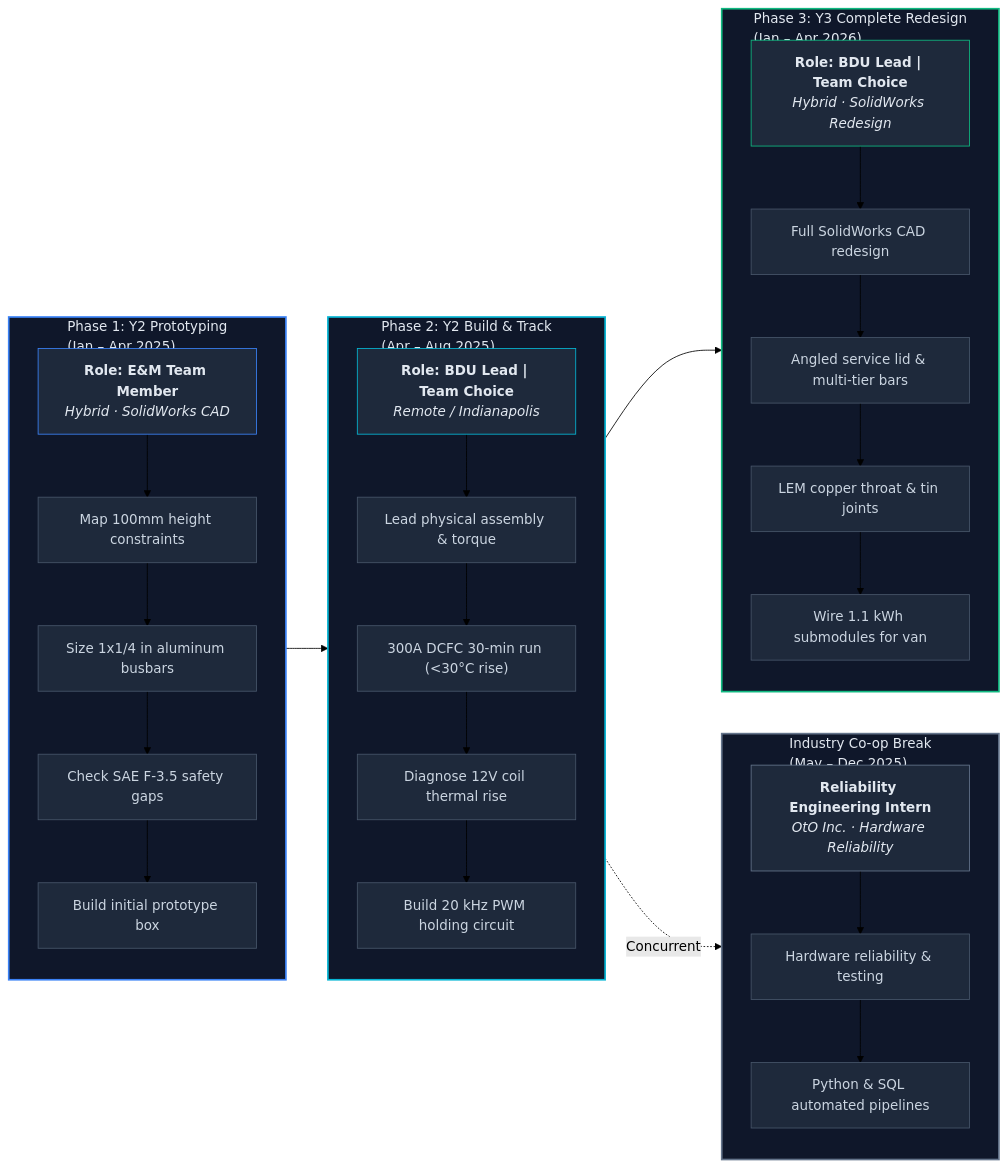
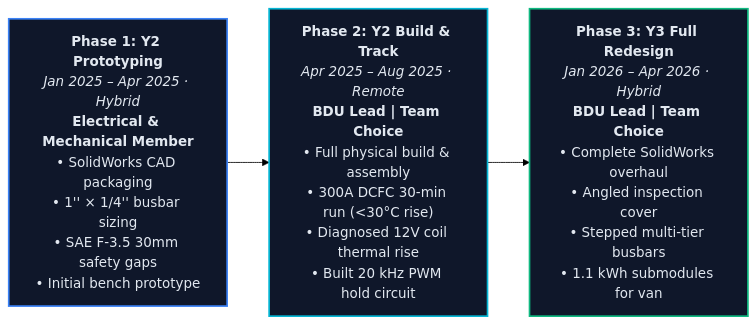
One commit to crkoo1/BWC-BDU-Showcase changed the first of 2 diagrams in README.md. Above: the diagram before and after it, drawn with Mermaid (forest theme). The commit also changed other lines of this file and 4 other files, not shown here.

Commit message:
Fix mermaid layout, unicode typography, and update Breaktor failure details

````diff
--- a/README.md
+++ b/README.md
@@ -37,70 +37,10 @@
 ```mermaid
 flowchart LR
-    subgraph P1["Phase 1: Y2 Prototyping<br/>(Jan – Apr 2025)"]
-        direction TB
-        R1["<b>Role: E&M Team Member</b><br/><i>Hybrid · SolidWorks CAD</i>"]
-        A1["Map 100mm height constraints"]
-        A2["Size 1x1/4 in aluminum busbars"]
-        A3["Check SAE F-3.5 safety gaps"]
-        A4["Build initial prototype box"]
-        R1 --> A1 --> A2 --> A3 --> A4
-    end
-
-    subgraph P2["Phase 2: Y2 Build & Track<br/>(Apr – Aug 2025)"]
-        direction TB
-        R2["<b>Role: BDU Lead | Team Choice</b><br/><i>Remote / Indianapolis</i>"]
-        B1["Lead physical assembly & torque"]
-        B2["300A DCFC 30-min run (<30°C rise)"]
-        B3["Diagnose 12V coil thermal rise"]
-        B4["Build 20 kHz PWM holding circuit"]
-        R2 --> B1 --> B2 --> B3 --> B4
-    end
-
-    subgraph COOP["Industry Co-op Break<br/>(May – Dec 2025)"]
-        direction TB
-        R_COOP["<b>Reliability Engineering Intern</b><br/><i>OtO Inc. · Hardware Reliability</i>"]
-        C1["Hardware reliability & testing"]
-        C2["Python & SQL automated pipelines"]
-        R_COOP --> C1 --> C2
-    end
-
-    subgraph P3["Phase 3: Y3 Complete Redesign<br/>(Jan – Apr 2026)"]
-        direction TB
-        R3["<b>Role: BDU Lead | Team Choice</b><br/><i>Hybrid · SolidWorks Redesign</i>"]
-        D1["Full SolidWorks CAD redesign"]
-        D2["Angled service lid & multi-tier bars"]
-        D3["LEM copper throat & tin joints"]
-        D4["Wire 1.1 kWh submodules for van"]
-        R3 --> D1 --> D2 --> D3 --> D4
-    end
-
-    P1 --> P2 --> P3
-    P2 -. "Concurrent" .-> COOP
+    P1["<b>Phase 1: Y2 Prototyping</b><br/><i>Jan 2025 – Apr 2025 · Hybrid</i><br/><b>Electrical & Mechanical Member</b><br/>• SolidWorks CAD packaging<br/>• 1'' × 1/4'' busbar sizing<br/>• SAE F-3.5 30mm safety gaps<br/>• Initial bench prototype"]
+    --> P2["<b>Phase 2: Y2 Build & Track</b><br/><i>Apr 2025 – Aug 2025 · Remote</i><br/><b>BDU Lead | Team Choice</b><br/>• Full physical build & assembly<br/>• 300A DCFC 30-min run (&lt;30°C rise)<br/>• Diagnosed 12V coil thermal rise<br/>• Built 20 kHz PWM hold circuit"]
+    --> P3["<b>Phase 3: Y3 Full Redesign</b><br/><i>Jan 2026 – Apr 2026 · Hybrid</i><br/><b>BDU Lead | Team Choice</b><br/>• Complete SolidWorks overhaul<br/>• Angled inspection cover<br/>• Stepped multi-tier busbars<br/>• 1.1 kWh submodules for van"]
 
     style P1 fill:#0f172a,stroke:#3b82f6,stroke-width:2px,color:#e2e8f0
     style P2 fill:#0f172a,stroke:#06b6d4,stroke-width:2px,color:#e2e8f0
-    style COOP fill:#0f172a,stroke:#64748b,stroke-width:2px,color:#e2e8f0
     style P3 fill:#0f172a,stroke:#10b981,stroke-width:2px,color:#e2e8f0
-
-    style R1 fill:#1e293b,stroke:#3b82f6,color:#e2e8f0
-    style A1 fill:#1e293b,stroke:#475569,color:#cbd5e1
-    style A2 fill:#1e293b,stroke:#475569,color:#cbd5e1
-    style A3 fill:#1e293b,stroke:#475569,color:#cbd5e1
-    style A4 fill:#1e293b,stroke:#475569,color:#cbd5e1
-
-    style R2 fill:#1e293b,stroke:#06b6d4,color:#e2e8f0
-    style B1 fill:#1e293b,stroke:#475569,color:#cbd5e1
-    style B2 fill:#1e293b,stroke:#475569,color:#cbd5e1
-    style B3 fill:#1e293b,stroke:#475569,color:#cbd5e1
-    style B4 fill:#1e293b,stroke:#475569,color:#cbd5e1
-
-    style R_COOP fill:#1e293b,stroke:#64748b,color:#e2e8f0
-    style C1 fill:#1e293b,stroke:#475569,color:#cbd5e1
-    style C2 fill:#1e293b,stroke:#475569,color:#cbd5e1
-
-    style R3 fill:#1e293b,stroke:#10b981,color:#e2e8f0
-    style D1 fill:#1e293b,stroke:#475569,color:#cbd5e1
-    style D2 fill:#1e293b,stroke:#475569,color:#cbd5e1
-    style D3 fill:#1e293b,stroke:#475569,color:#cbd5e1
-    style D4 fill:#1e293b,stroke:#475569,color:#cbd5e1
 ```
````
